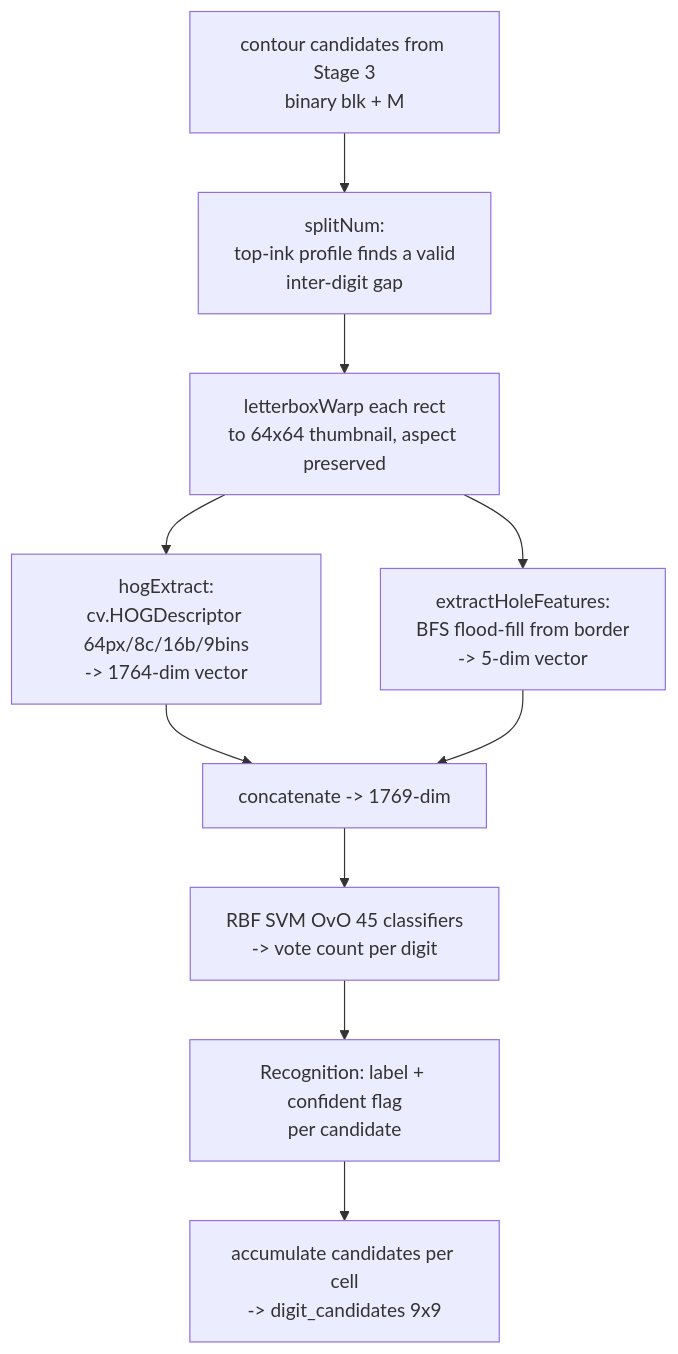
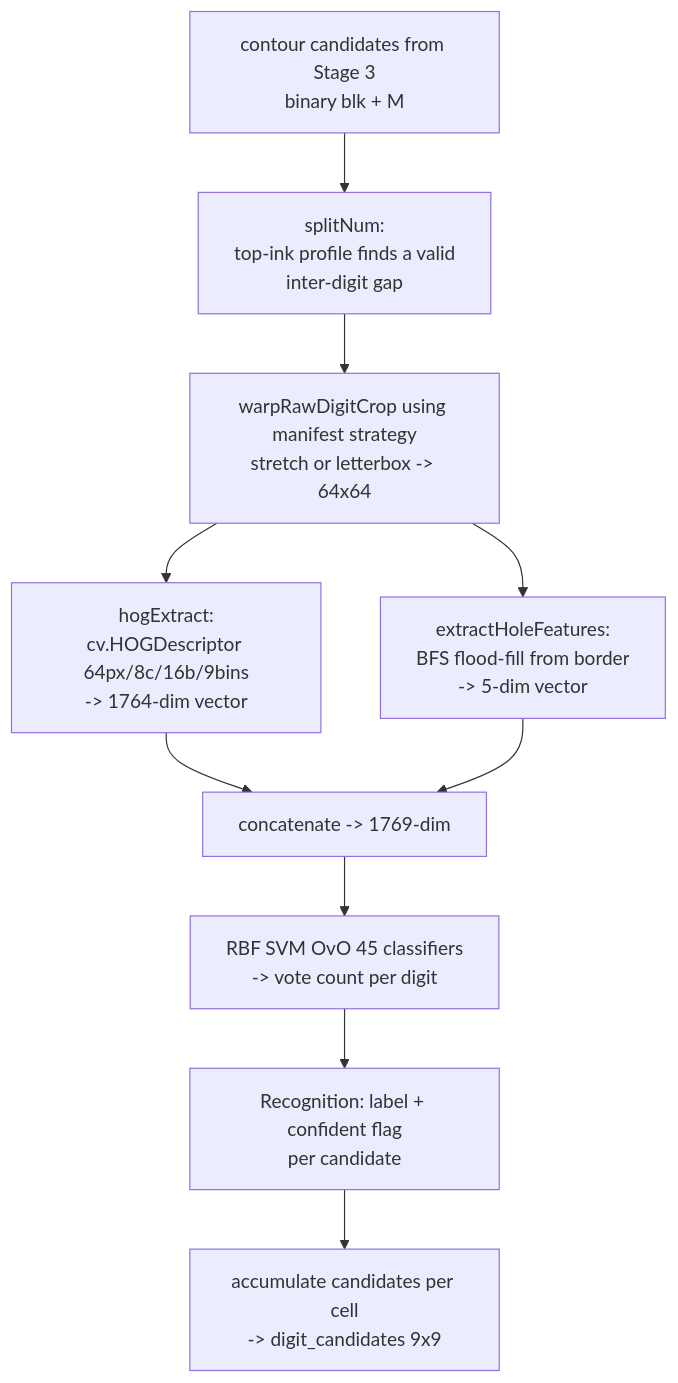
Before and after one commit to gbarrett28/cagedoku: the sixth of 10 diagrams in docs/image-pipeline.md, drawn with Mermaid. The commit also changed other lines of this file and 13 other files, not shown here.

````diff
--- a/docs/image-pipeline.md
+++ b/docs/image-pipeline.md
@@ -336,12 +336,12 @@
 ```mermaid
 flowchart TD
     A[contour candidates from Stage 3\nbinary blk + M] --> B[splitNum:\ntop-ink profile finds a valid\ninter-digit gap]
-    B --> C[letterboxWarp each rect\nto 64x64 thumbnail, aspect preserved]
+    B --> C[warpRawDigitCrop using manifest strategy\nstretch or letterbox -> 64x64]
     C --> D[hogExtract:\ncv.HOGDescriptor 64px/8c/16b/9bins\n-> 1764-dim vector]
     C --> E[extractHoleFeatures:\nBFS flood-fill from border\n-> 5-dim vector]
     D --> F[concatenate -> 1769-dim]
     E --> F
     F --> G[RBF SVM OvO 45 classifiers\n-> vote count per digit]
     G --> H[Recognition: label + confident flag\nper candidate]
     H --> I[accumulate candidates per cell\n-> digit_candidates 9x9]
 ```
````
